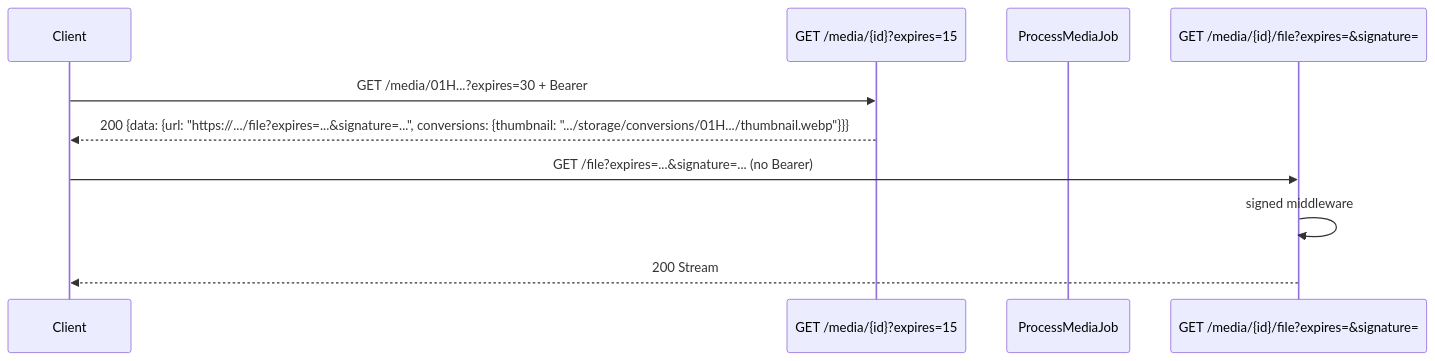
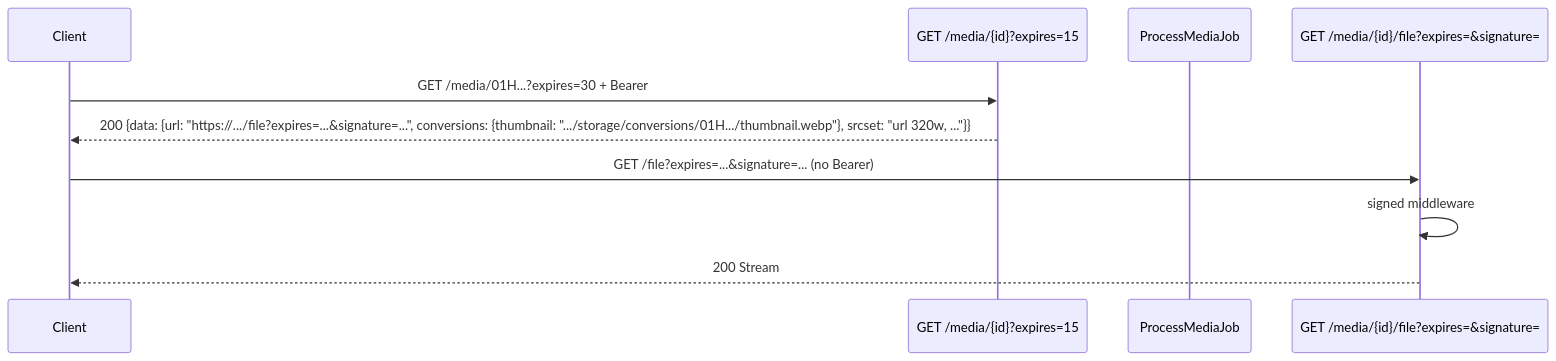
The fourth of 5 diagrams in modules/Media/README.md (thomiOmi/laravel-starterkit-api), drawn with Mermaid before and after one commit. The commit also changed other lines of this file, not shown here.

````diff
--- a/modules/Media/README.md
+++ b/modules/Media/README.md
@@ -179,13 +200,13 @@
 ```mermaid
 sequenceDiagram
     participant C as Client
     participant API as GET /media/{id}?expires=15
     participant Job as ProcessMediaJob
     participant File as GET /media/{id}/file?expires=&signature=
 
     C->>API: GET /media/01H...?expires=30 + Bearer
-    API-->>C: 200 {data: {url: "https://.../file?expires=...&signature=...", conversions: {thumbnail: ".../storage/conversions/01H.../thumbnail.webp"}}}
+    API-->>C: 200 {data: {url: "https://.../file?expires=...&signature=...", conversions: {thumbnail: ".../storage/conversions/01H.../thumbnail.webp"}, srcset: "url 320w, ..."}}
     C->>File: GET /file?expires=...&signature=... (no Bearer)
     File->>File: signed middleware
     File-->>C: 200 Stream
 ```
````
